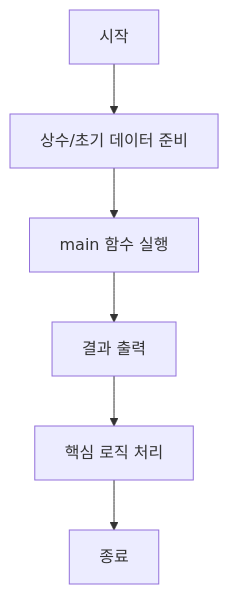
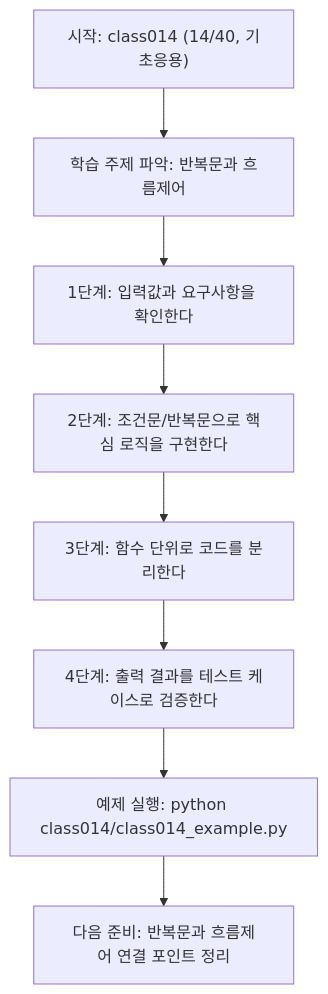
One commit to edumgt/Python-AI_Agent-Class changed the diagram in class014/class014.md. Above: the diagram before and after it, drawn with Mermaid. The commit also changed other lines of this file and 1012 other files, not shown here.

````diff
--- a/class014/class014.md
+++ b/class014/class014.md
@@ -63,9 +80,18 @@
 ```mermaid
-graph TD
-    N1[시작]
-    N1 --> N2[상수/초기 데이터 준비]
-    N2 --> N3[main 함수 실행]
-    N3 --> N4[결과 출력]
-    N4 --> N5[핵심 로직 처리]
-    N5 --> N6[종료]
+flowchart TD
+N1["시작: class014 (14/40, 기초응용)"]
+N2["학습 주제 파악: 반복문과 흐름제어"]
+N3["1단계: 입력값과 요구사항을 확인한다"]
+N4["2단계: 조건문/반복문으로 핵심 로직을 구현한다"]
+N5["3단계: 함수 단위로 코드를 분리한다"]
+N6["4단계: 출력 결과를 테스트 케이스로 검증한다"]
+N7["예제 실행: python class014/class014_example.py"]
+N8["다음 준비: 반복문과 흐름제어 연결 포인트 정리"]
+N1 --> N2
+N2 --> N3
+N3 --> N4
+N4 --> N5
+N5 --> N6
+N6 --> N7
+N7 --> N8
 ```
````
